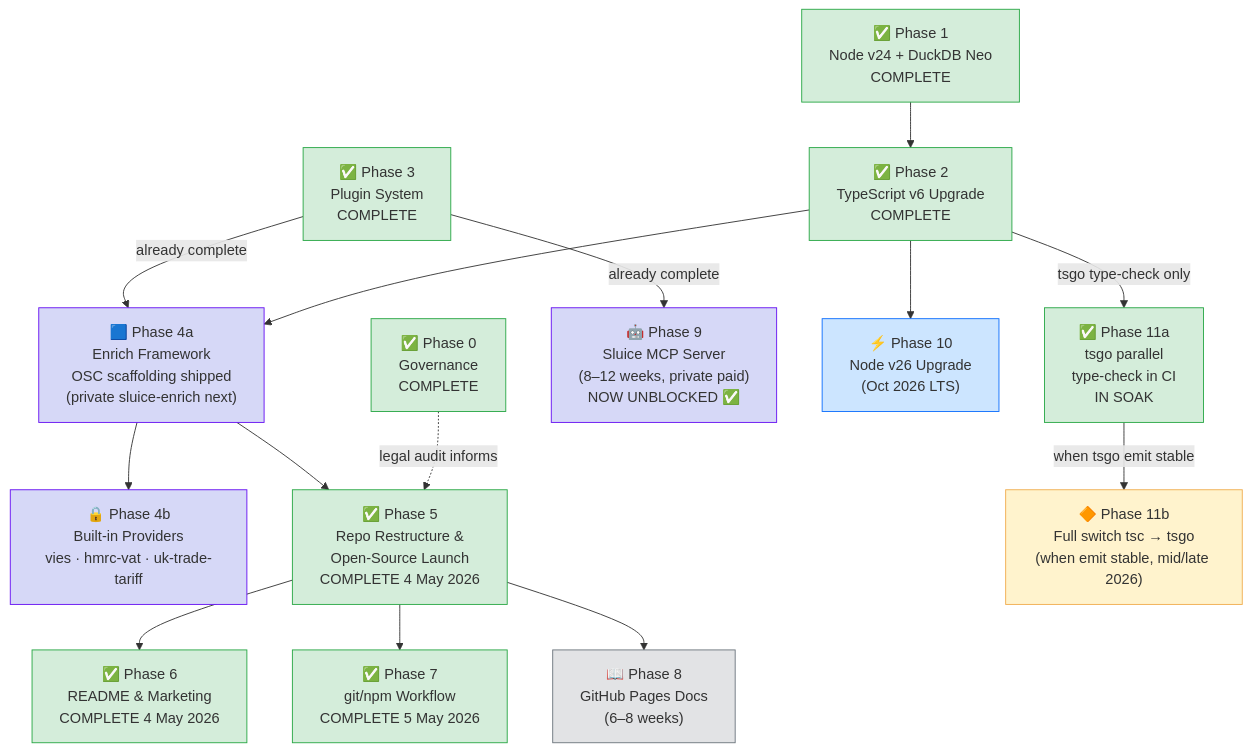
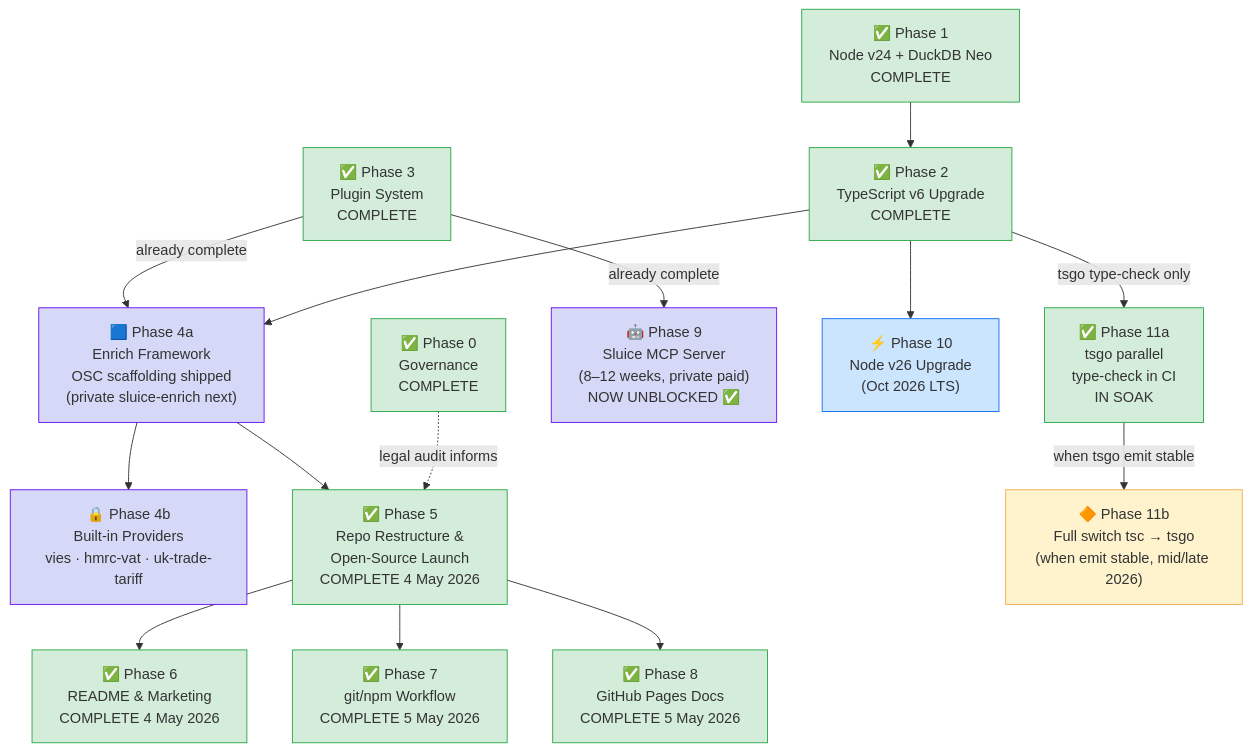
One commit to caracal-lynx/sluice changed the second of 8 diagrams in docs/SLUICE-IMPLEMENTATION-PLAN.md. Above: the diagram before and after it, drawn with Mermaid. The commit also changed other lines of this file and 2 other files, not shown here.

First line of the commit message:
[chore/phase-8-close-out] - 📝 Mark Phase 8 ✅ COMPLETE + remove orphan banner (#46)

````diff
--- a/docs/SLUICE-IMPLEMENTATION-PLAN.md
+++ b/docs/SLUICE-IMPLEMENTATION-PLAN.md
@@ -137,46 +137,46 @@
 ```mermaid
 flowchart TD
     P0["✅ Phase 0<br/>Governance<br/>COMPLETE"]
     P1["✅ Phase 1<br/>Node v24 + DuckDB Neo<br/>COMPLETE"]
     P2["✅ Phase 2<br/>TypeScript v6 Upgrade<br/>COMPLETE"]
     P3["✅ Phase 3<br/>Plugin System<br/>COMPLETE"]
     P4A["🟦 Phase 4a<br/>Enrich Framework<br/>OSC scaffolding shipped<br/>(private sluice-enrich next)"]
     P4B["🔒 Phase 4b<br/>Built-in Providers<br/>vies · hmrc-vat · uk-trade-tariff"]
     P5["✅ Phase 5<br/>Repo Restructure &<br/>Open-Source Launch<br/>COMPLETE 4 May 2026"]
     P6["✅ Phase 6<br/>README & Marketing<br/>COMPLETE 4 May 2026"]
     P7["✅ Phase 7<br/>git/npm Workflow<br/>COMPLETE 5 May 2026"]
-    P8["📖 Phase 8<br/>GitHub Pages Docs<br/>(6–8 weeks)"]
+    P8["✅ Phase 8<br/>GitHub Pages Docs<br/>COMPLETE 5 May 2026"]
     P9["🤖 Phase 9<br/>Sluice MCP Server<br/>(8–12 weeks, private paid)<br/>NOW UNBLOCKED ✅"]
     P10["⚡ Phase 10<br/>Node v26 Upgrade<br/>(Oct 2026 LTS)"]
     P11A["✅ Phase 11a<br/>tsgo parallel<br/>type-check in CI<br/>IN SOAK"]
     P11B["🔶 Phase 11b<br/>Full switch tsc → tsgo<br/>(when emit stable, mid/late 2026)"]
 
     P0 -.->|legal audit informs| P5
     P1 --> P2
     P2 -->|tsgo type-check only| P11A
     P2 --> P4A
     P3 -->|already complete| P4A
     P3 -->|already complete| P9
     P4A --> P4B
     P4A --> P5
     P5 --> P6
     P5 --> P7
     P5 --> P8
     P2 --> P10
     P11A -->|when tsgo emit stable| P11B
 
     style P0 fill:#d4edda,stroke:#28a745
     style P1 fill:#d4edda,stroke:#28a745
     style P2 fill:#d4edda,stroke:#28a745
     style P3 fill:#d4edda,stroke:#28a745
     style P4A fill:#d6d8f7,stroke:#6610f2
     style P4B fill:#d6d8f7,stroke:#6610f2
     style P5 fill:#d4edda,stroke:#28a745
     style P6 fill:#d4edda,stroke:#28a745
     style P7 fill:#d4edda,stroke:#28a745
-    style P8 fill:#e2e3e5,stroke:#6c757d
+    style P8 fill:#d4edda,stroke:#28a745
     style P9 fill:#d6d8f7,stroke:#6610f2
     style P10 fill:#cce5ff,stroke:#0d6efd
     style P11A fill:#d4edda,stroke:#28a745
     style P11B fill:#fff3cd,stroke:#f0ad4e
 ```
````
